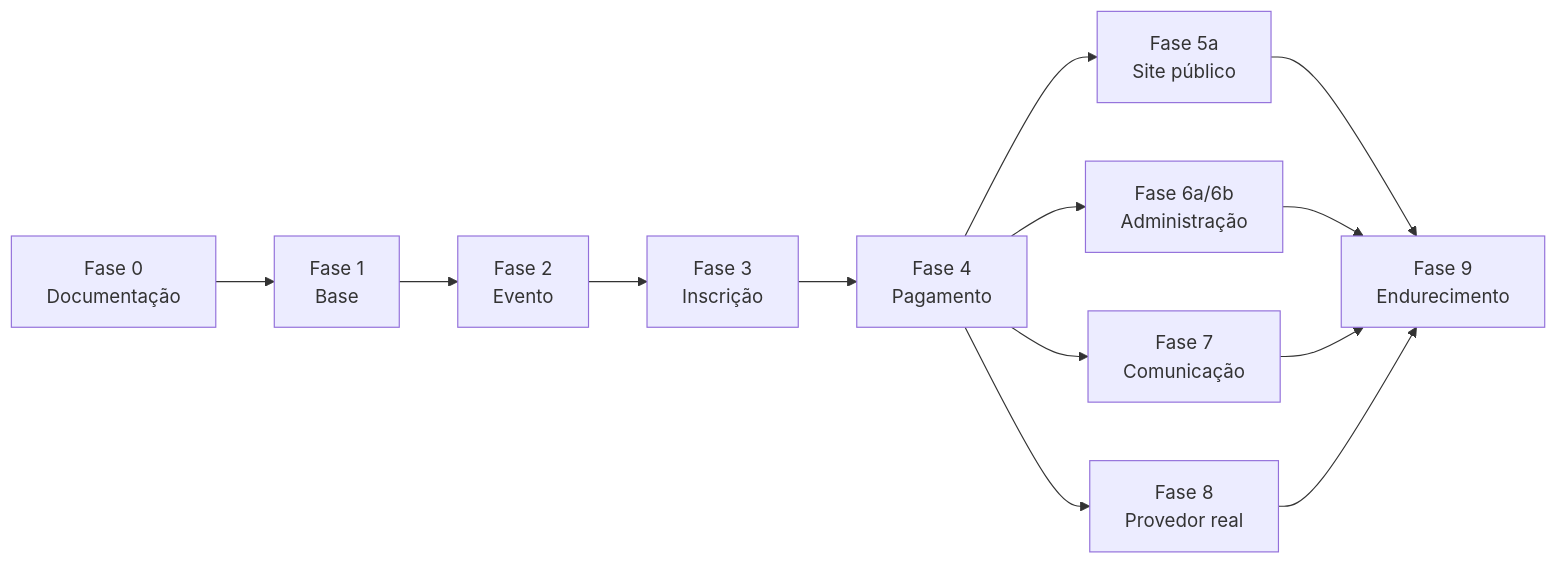
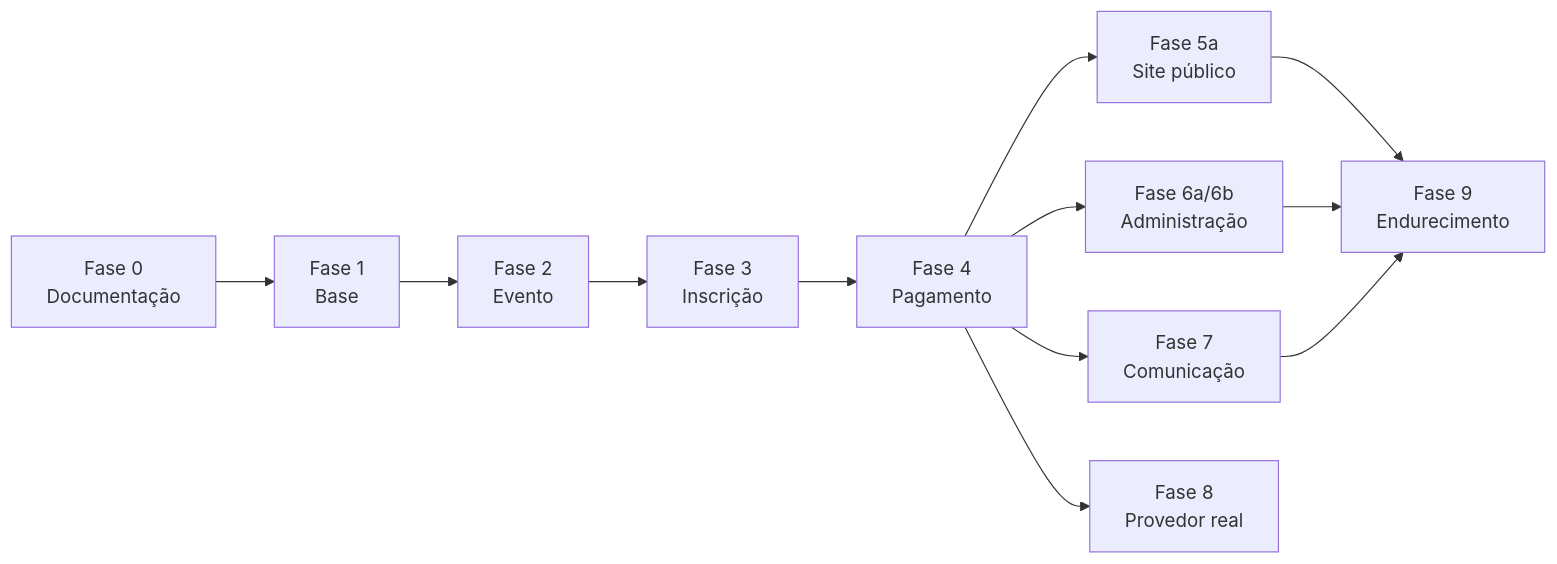
One commit to walberjefferson/gerenciador_eventos_ccc changed the diagram in docs/IMPLEMENTATION_PLAN.md. Above: the diagram before and after it, drawn with Mermaid. The commit also changed other lines of this file and 9 other files, not shown here.

````diff
--- a/docs/IMPLEMENTATION_PLAN.md
+++ b/docs/IMPLEMENTATION_PLAN.md
@@ -284,15 +285,14 @@
 ```mermaid
 flowchart LR
     F0[Fase 0<br/>Documentação] --> F1[Fase 1<br/>Base]
     F1 --> F2[Fase 2<br/>Evento]
     F2 --> F3[Fase 3<br/>Inscrição]
     F3 --> F4[Fase 4<br/>Pagamento]
     F4 --> F5[Fase 5a<br/>Site público]
     F4 --> F6[Fase 6a/6b<br/>Administração]
     F4 --> F7[Fase 7<br/>Comunicação]
     F4 --> F8[Fase 8<br/>Provedor real]
     F5 --> F9[Fase 9<br/>Endurecimento]
     F6 --> F9
     F7 --> F9
-    F8 --> F9
 ```
````
